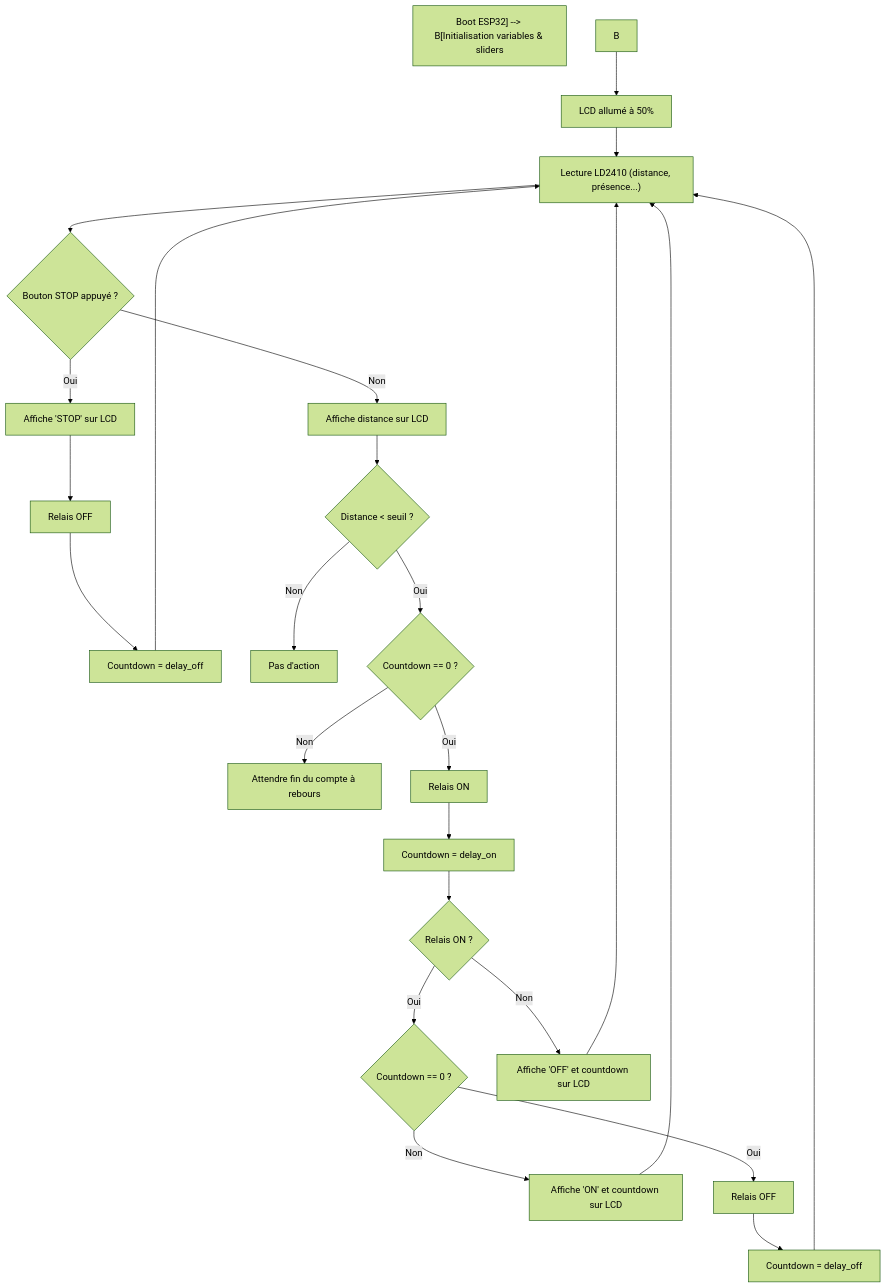
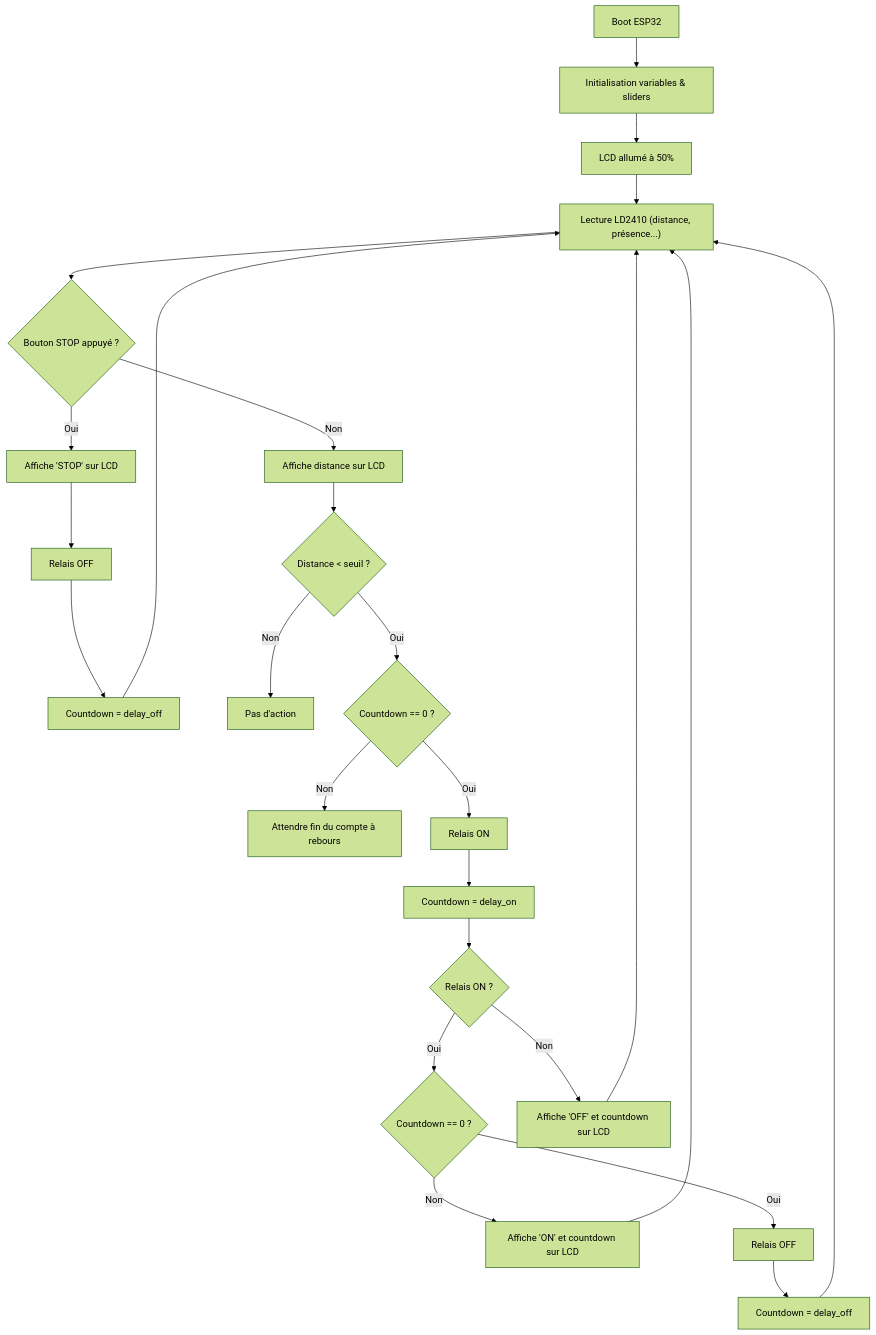
The second of 4 diagrams in README.md (pi-vert/emergency_stop), drawn with Mermaid (forest theme) before and after one commit. The commit also changed other lines of this file, not shown here.

````diff
--- a/README.md
+++ b/README.md
@@ -29,39 +50,35 @@
 ```mermaid
 flowchart TD
 
-A["Boot ESP32] --> B[Initialisation variables & sliders"]
-B --> C[LCD allumé à 50%]
+A["Boot ESP32"] --> B["Initialisation variables & sliders"]
+B --> C["LCD allumé à 50%"]
 
-%% Boucle principale
 C --> D["Lecture LD2410 (distance, présence...)"]
 D --> E{"Bouton STOP appuyé ?"}
 
-%% Gestion arrêt d'urgence
 E -- Oui --> F["Affiche 'STOP' sur LCD"]
 F --> G["Relais OFF"]
 G --> H["Countdown = delay_off"]
 
 E -- Non --> I["Affiche distance sur LCD"]
 
-%% Vérification distance
 I --> J{"Distance < seuil ?"}
 J -- Non --> K["Pas d'action"]
 J -- Oui --> L{"Countdown == 0 ?"}
 
 L -- Non --> M["Attendre fin du compte à rebours"]
 L -- Oui --> N["Relais ON"]
 N --> O["Countdown = delay_on"]
 
-%% Gestion relais actif
 O --> P{"Relais ON ?"}
 P -- Oui --> Q{"Countdown == 0 ?"}
 Q -- Non --> R["Affiche 'ON' et countdown sur LCD"]
 Q -- Oui --> S["Relais OFF"]
 S --> T["Countdown = delay_off"]
 
 P -- Non --> U["Affiche 'OFF' et countdown sur LCD"]
 R --> D
 U --> D
 T --> D
 H --> D
 ```
````
